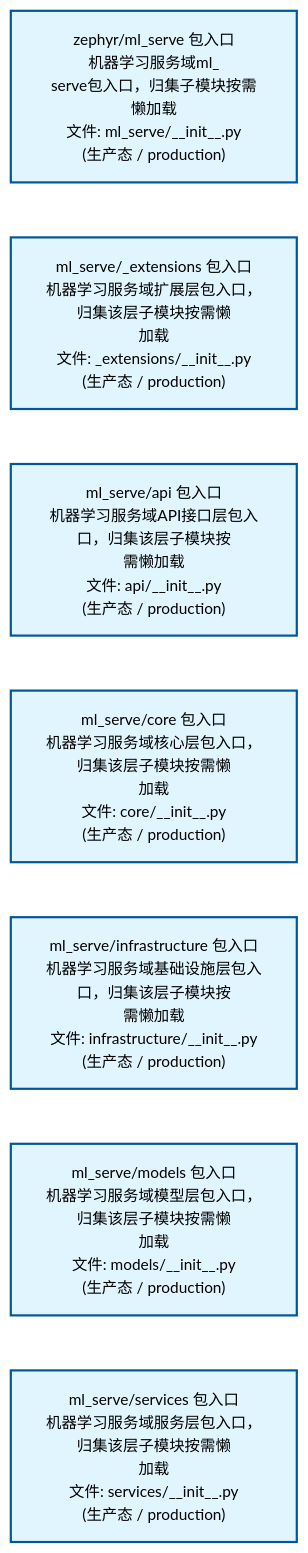
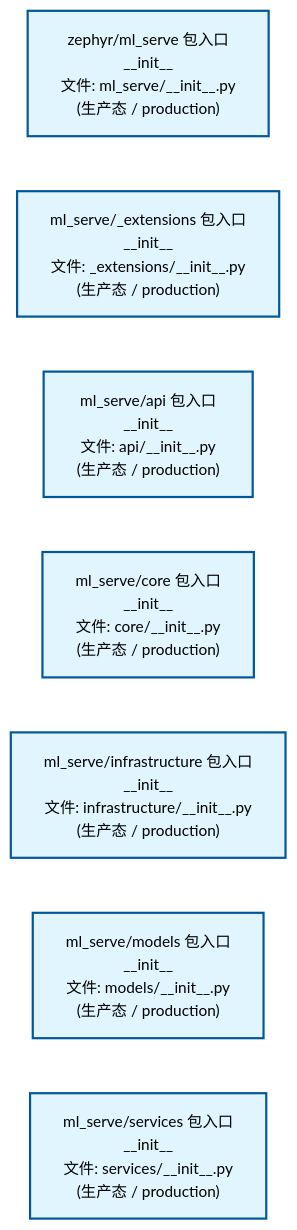
One commit to xuanFelixVan/ZephyrAlpha changed the second of 2 diagrams in docs/02_enterprise_architecture/02_domain_architecture_docs/60_d_ml_serve.md. Above: the diagram before and after it, drawn with Mermaid. The commit also changed other lines of this file and 61 other files, not shown here.

````diff
--- a/docs/02_enterprise_architecture/02_domain_architecture_docs/60_d_ml_serve.md
+++ b/docs/02_enterprise_architecture/02_domain_architecture_docs/60_d_ml_serve.md
@@ -80,22 +80,22 @@
 ```mermaid
 %%{init: {'theme': 'base', 'themeVariables': {'primaryColor': '#eaeaea', 'primaryTextColor': '#333333', 'primaryBorderColor': '#666666', 'lineColor': '#666666', 'secondaryColor': '#eaeaea', 'tertiaryColor': '#eaeaea', 'fontSize': '14px'}}}%%
 flowchart TD
-    src_zephyr_ml_serve_init_py["zephyr/ml_serve 包入口<br/>机器学习服务域ml_<br/>serve包入口，归集子模块按需懒加载<br/>文件: ml_serve/__init__.py<br/>(生产态 / production)"]
-    src_zephyr_ml_serve_extensions_init_py["ml_serve/_extensions 包入口<br/>机器学习服务域扩展层包入口，归集该层子模块按需懒<br/>加载<br/>文件: _extensions/__init__.py<br/>(生产态 / production)"]
-    src_zephyr_ml_serve_api_init_py["ml_serve/api 包入口<br/>机器学习服务域API接口层包入口，归集该层子模块按<br/>需懒加载<br/>文件: api/__init__.py<br/>(生产态 / production)"]
-    src_zephyr_ml_serve_core_init_py["ml_serve/core 包入口<br/>机器学习服务域核心层包入口，归集该层子模块按需懒<br/>加载<br/>文件: core/__init__.py<br/>(生产态 / production)"]
-    src_zephyr_ml_serve_infrastructure_init_py["ml_serve/infrastructure 包入口<br/>机器学习服务域基础设施层包入口，归集该层子模块按<br/>需懒加载<br/>文件: infrastructure/__init__.py<br/>(生产态 / production)"]
-    src_zephyr_ml_serve_models_init_py["ml_serve/models 包入口<br/>机器学习服务域模型层包入口，归集该层子模块按需懒<br/>加载<br/>文件: models/__init__.py<br/>(生产态 / production)"]
-    src_zephyr_ml_serve_services_init_py["ml_serve/services 包入口<br/>机器学习服务域服务层包入口，归集该层子模块按需懒<br/>加载<br/>文件: services/__init__.py<br/>(生产态 / production)"]
+    src_zephyr_ml_serve_init_py["zephyr/ml_serve 包入口<br/>__init__<br/>文件: ml_serve/__init__.py<br/>(生产态 / production)"]
+    src_zephyr_ml_serve_extensions_init_py["ml_serve/_extensions 包入口<br/>__init__<br/>文件: _extensions/__init__.py<br/>(生产态 / production)"]
+    src_zephyr_ml_serve_api_init_py["ml_serve/api 包入口<br/>__init__<br/>文件: api/__init__.py<br/>(生产态 / production)"]
+    src_zephyr_ml_serve_core_init_py["ml_serve/core 包入口<br/>__init__<br/>文件: core/__init__.py<br/>(生产态 / production)"]
+    src_zephyr_ml_serve_infrastructure_init_py["ml_serve/infrastructure 包入口<br/>__init__<br/>文件: infrastructure/__init__.py<br/>(生产态 / production)"]
+    src_zephyr_ml_serve_models_init_py["ml_serve/models 包入口<br/>__init__<br/>文件: models/__init__.py<br/>(生产态 / production)"]
+    src_zephyr_ml_serve_services_init_py["ml_serve/services 包入口<br/>__init__<br/>文件: services/__init__.py<br/>(生产态 / production)"]
     src_zephyr_ml_serve_init_py ~~~ src_zephyr_ml_serve_extensions_init_py
     src_zephyr_ml_serve_extensions_init_py ~~~ src_zephyr_ml_serve_api_init_py
     src_zephyr_ml_serve_api_init_py ~~~ src_zephyr_ml_serve_core_init_py
     src_zephyr_ml_serve_core_init_py ~~~ src_zephyr_ml_serve_infrastructure_init_py
     src_zephyr_ml_serve_infrastructure_init_py ~~~ src_zephyr_ml_serve_models_init_py
     src_zephyr_ml_serve_models_init_py ~~~ src_zephyr_ml_serve_services_init_py
     classDef production fill:#e1f5fe,stroke:#01579b,stroke-width:2px,color:#000
     classDef design fill:#fff3e0,stroke:#e65100,stroke-width:2px,color:#000,stroke-dasharray: 5 5
     classDef external_prod fill:#e8f4fd,stroke:#0277bd,stroke-width:1px,color:#000
     classDef external_design fill:#fff8e7,stroke:#ef6c00,stroke-width:1px,color:#000,stroke-dasharray: 5 5
     class src_zephyr_ml_serve_init_py,src_zephyr_ml_serve_extensions_init_py,src_zephyr_ml_serve_api_init_py,src_zephyr_ml_serve_core_init_py,src_zephyr_ml_serve_infrastructure_init_py,src_zephyr_ml_serve_models_init_py,src_zephyr_ml_serve_services_init_py production
 ```
````
